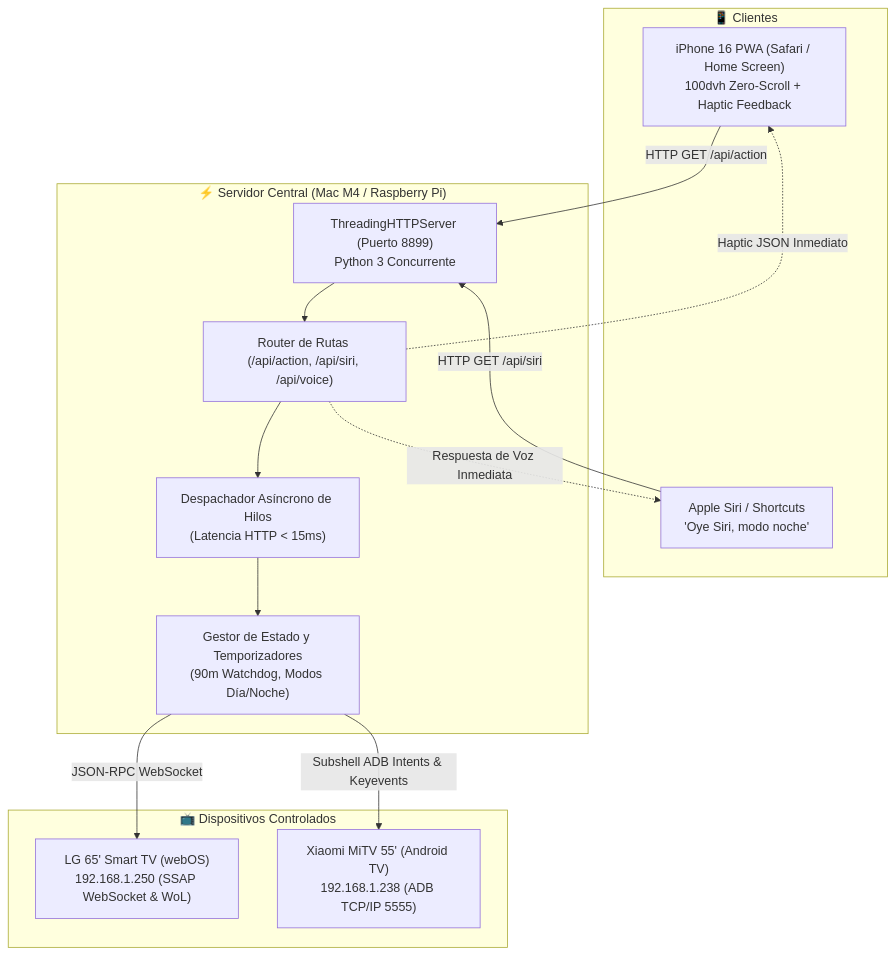
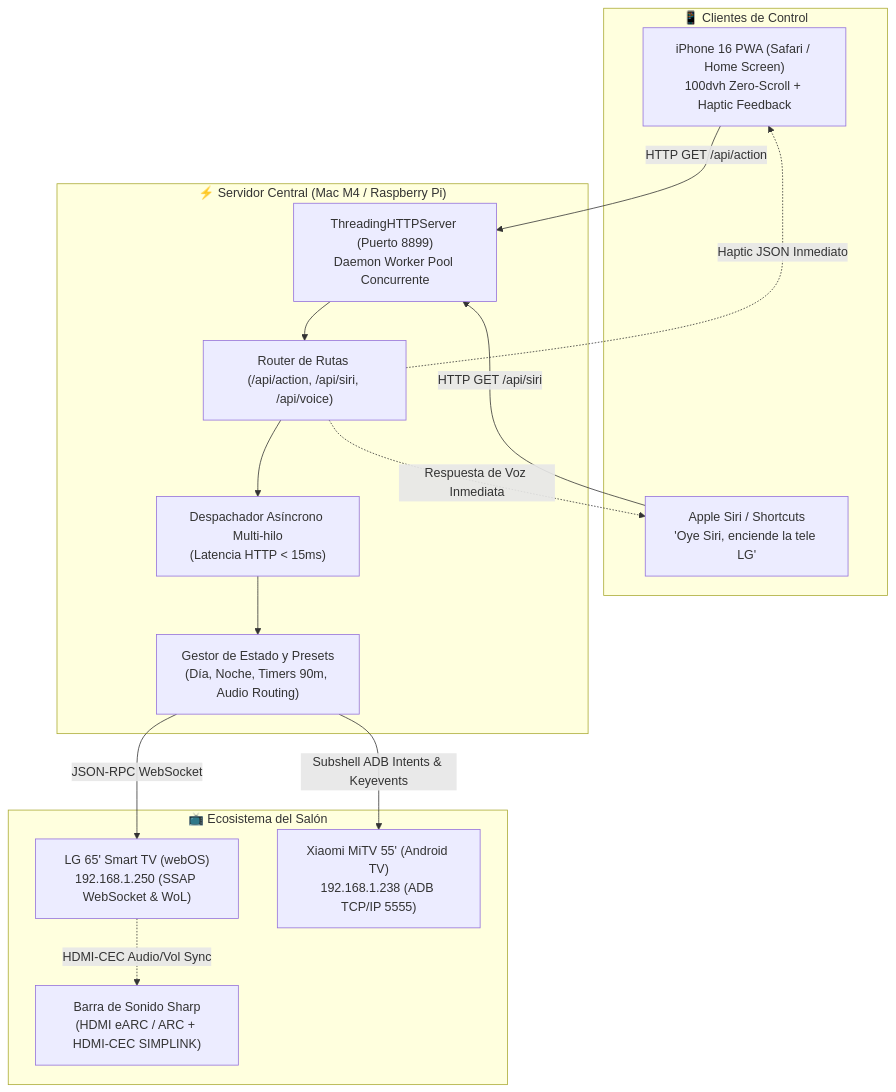
Before and after one commit to gtrujillovdev-cyber/mando-tv: the diagram in README.md, drawn with Mermaid. The commit also changed other lines of this file and 1 other file, not shown here.

Commit message:
docs: update README and ARCHITECTURE with sharp soundbar arc and ergonomic dpad details

````diff
--- a/README.md
+++ b/README.md
@@ -33,28 +34,30 @@
 ```mermaid
 flowchart TD
-    subgraph Clientes ["📱 Clientes"]
+    subgraph Clientes ["📱 Clientes de Control"]
         PWA["iPhone 16 PWA (Safari / Home Screen)<br/>100dvh Zero-Scroll + Haptic Feedback"]
-        Siri["Apple Siri / Shortcuts<br/>'Oye Siri, modo noche'"]
+        Siri["Apple Siri / Shortcuts<br/>'Oye Siri, enciende la tele LG'"]
     end
 
     subgraph Hub ["⚡ Servidor Central (Mac M4 / Raspberry Pi)"]
-        HTTP["ThreadingHTTPServer (Puerto 8899)<br/>Python 3 Concurrente"]
+        HTTP["ThreadingHTTPServer (Puerto 8899)<br/>Daemon Worker Pool Concurrente"]
         Router["Router de Rutas (/api/action, /api/siri, /api/voice)"]
-        AsyncDispatcher["Despachador Asíncrono de Hilos<br/>(Latencia HTTP < 15ms)"]
-        StateEngine["Gestor de Estado y Temporizadores<br/>(90m Watchdog, Modos Día/Noche)"]
+        AsyncDispatcher["Despachador Asíncrono Multi-hilo<br/>(Latencia HTTP < 15ms)"]
+        StateEngine["Gestor de Estado y Presets<br/>(Día, Noche, Timers 90m, Audio Routing)"]
     end
 
-    subgraph Hardware ["📺 Dispositivos Controlados"]
+    subgraph Hardware ["📺 Ecosistema del Salón"]
         LG["LG 65' Smart TV (webOS)<br/>192.168.1.250 (SSAP WebSocket & WoL)"]
         Xiaomi["Xiaomi MiTV 55' (Android TV)<br/>192.168.1.238 (ADB TCP/IP 5555)"]
+        Soundbar["Barra de Sonido Sharp<br/>(HDMI eARC / ARC + HDMI-CEC SIMPLINK)"]
     end
 
     PWA -->|HTTP GET /api/action| HTTP
     Siri -->|HTTP GET /api/siri| HTTP
     HTTP --> Router --> AsyncDispatcher
     AsyncDispatcher --> StateEngine
     StateEngine -->|JSON-RPC WebSocket| LG
     StateEngine -->|Subshell ADB Intents & Keyevents| Xiaomi
+    LG -.->|HDMI-CEC Audio/Vol Sync| Soundbar
     Router -.->|Respuesta de Voz Inmediata| Siri
     Router -.->|Haptic JSON Inmediato| PWA
 ```
````
